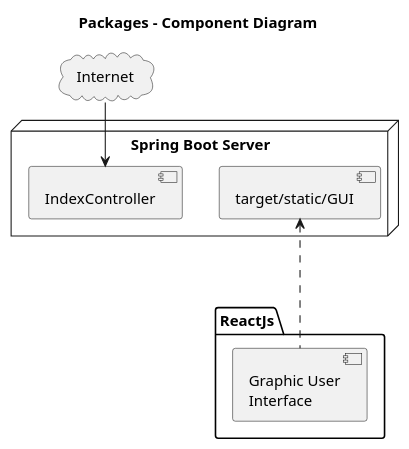
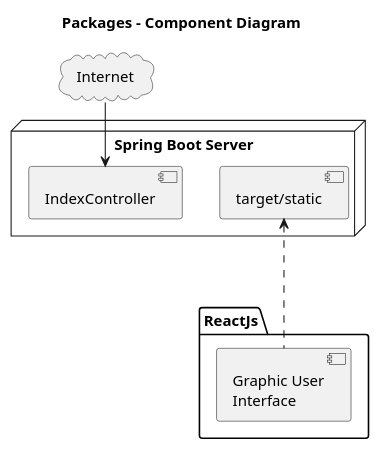
The diagram in UML/component-diagram.puml (andreoug/reactjs-in-springboot), drawn with PlantUML before and after one commit.

Commit message:
Update component diagram

```diff
--- a/UML/component-diagram.puml
+++ b/UML/component-diagram.puml
@@ -1,22 +1,22 @@
 @startuml
 
 title Packages - Component Diagram
 
 cloud Internet {
 }
 
 package "ReactJs" {
     component [Graphic User\nInterface] as GUI
 }
 
 
 node "Spring Boot Server" as Server {
     component IndexController
-    [target/static/GUI] as STATIC
+    [target/static] as STATIC
 }
 
 
 Internet -down-> IndexController
 GUI ..up.> STATIC
 
 @enduml
```
